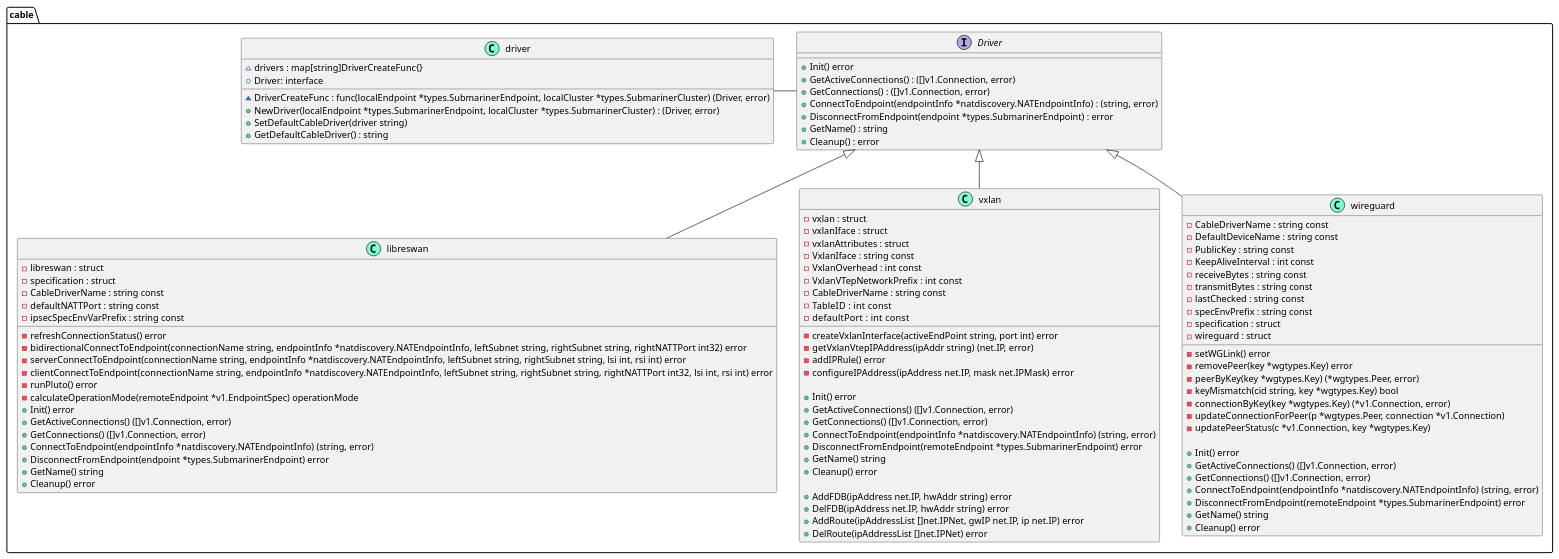
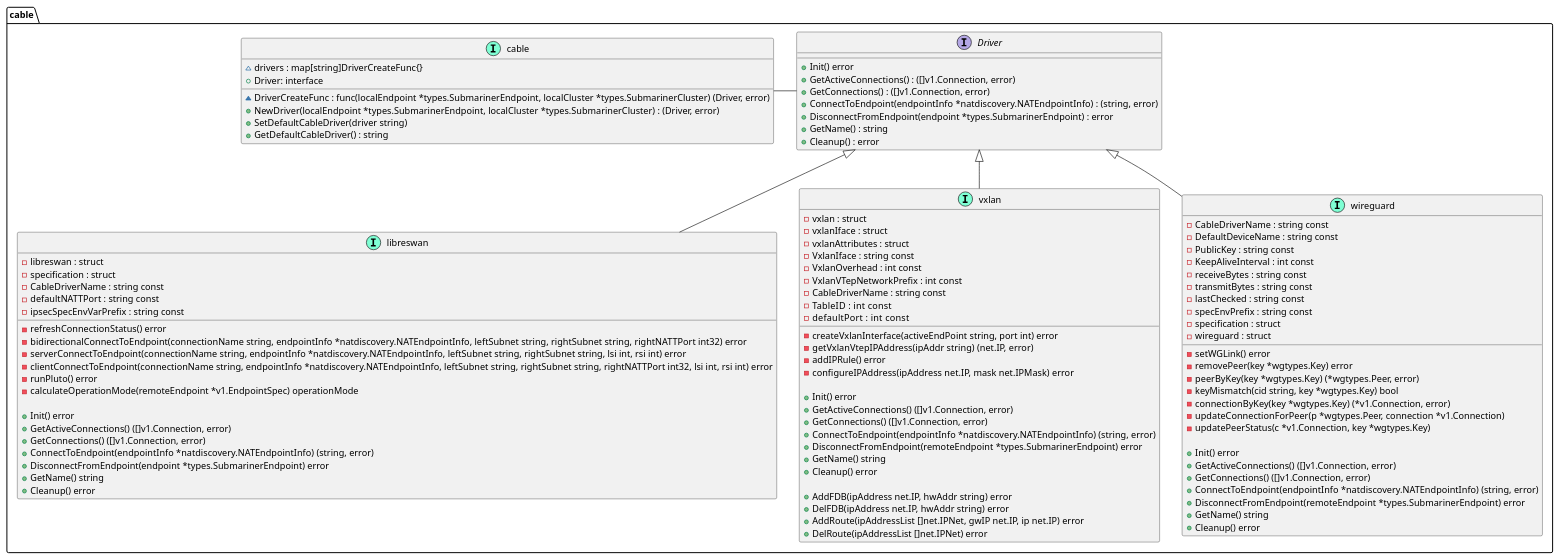
One commit to maryamtahhan/notes changed the diagram in Submariner/plantuml/SubmarinerCableDriverClass.puml. Above: the diagram before and after it, drawn with PlantUML. The commit also changed 8 other files, not shown here.

Commit message:
cable driver documentation

```diff
--- a/Submariner/plantuml/SubmarinerCableDriverClass.puml
+++ b/Submariner/plantuml/SubmarinerCableDriverClass.puml
@@ -1,115 +1,111 @@
 @startuml
 namespace cable {
     interface Driver  {
         + Init() error
         + GetActiveConnections() : ([]v1.Connection, error)
         + GetConnections() : ([]v1.Connection, error)
         + ConnectToEndpoint(endpointInfo *natdiscovery.NATEndpointInfo) : (string, error)
         + DisconnectFromEndpoint(endpoint *types.SubmarinerEndpoint) : error
         + GetName() : string
         + Cleanup() : error
     }
-
     
-    class driver << (C,Aquamarine) >> {
+    class cable << (I,Aquamarine) >> {
        ~ DriverCreateFunc : func(localEndpoint *types.SubmarinerEndpoint, localCluster *types.SubmarinerCluster) (Driver, error)
        ~ drivers : map[string]DriverCreateFunc{}
        + Driver: interface
 
        + NewDriver(localEndpoint *types.SubmarinerEndpoint, localCluster *types.SubmarinerCluster) : (Driver, error)
        + SetDefaultCableDriver(driver string)
        + GetDefaultCableDriver() : string
     }
 
-    class libreswan << (C,Aquamarine) >> {
+    class libreswan << (I,Aquamarine) >> {
         - libreswan : struct
         - specification : struct
-	- CableDriverName : string const
+	    - CableDriverName : string const
         - defaultNATTPort : string const
         - ipsecSpecEnvVarPrefix : string const
 
         - refreshConnectionStatus() error
         - bidirectionalConnectToEndpoint(connectionName string, endpointInfo *natdiscovery.NATEndpointInfo, leftSubnet string, rightSubnet string, rightNATTPort int32) error
         - serverConnectToEndpoint(connectionName string, endpointInfo *natdiscovery.NATEndpointInfo, leftSubnet string, rightSubnet string, lsi int, rsi int) error
         - clientConnectToEndpoint(connectionName string, endpointInfo *natdiscovery.NATEndpointInfo, leftSubnet string, rightSubnet string, rightNATTPort int32, lsi int, rsi int) error
         - runPluto() error
         - calculateOperationMode(remoteEndpoint *v1.EndpointSpec) operationMode
 
- 
         + Init() error
         + GetActiveConnections() ([]v1.Connection, error)
         + GetConnections() ([]v1.Connection, error)
         + ConnectToEndpoint(endpointInfo *natdiscovery.NATEndpointInfo) (string, error)
         + DisconnectFromEndpoint(endpoint *types.SubmarinerEndpoint) error
         + GetName() string
         + Cleanup() error
 
     }
 
-    class vxlan << (C,Aquamarine) >> {
+    class vxlan << (I,Aquamarine) >> {
         - vxlan : struct
         - vxlanIface : struct
         - vxlanAttributes : struct
-	- VxlanIface : string const
-	- VxlanOverhead : int const
-	- VxlanVTepNetworkPrefix : int const
-	- CableDriverName : string const
-	- TableID  : int const
-	- defaultPort   : int const
+        - VxlanIface : string const
+        - VxlanOverhead : int const
+        - VxlanVTepNetworkPrefix : int const
+        - CableDriverName : string const
+        - TableID  : int const
+        - defaultPort   : int const
 
         - createVxlanInterface(activeEndPoint string, port int) error
         - getVxlanVtepIPAddress(ipAddr string) (net.IP, error)
         - addIPRule() error
         - configureIPAddress(ipAddress net.IP, mask net.IPMask) error
 
         + Init() error
         + GetActiveConnections() ([]v1.Connection, error)
         + GetConnections() ([]v1.Connection, error)
         + ConnectToEndpoint(endpointInfo *natdiscovery.NATEndpointInfo) (string, error)
         + DisconnectFromEndpoint(remoteEndpoint *types.SubmarinerEndpoint) error
         + GetName() string
         + Cleanup() error
        
         + AddFDB(ipAddress net.IP, hwAddr string) error
         + DelFDB(ipAddress net.IP, hwAddr string) error
         + AddRoute(ipAddressList []net.IPNet, gwIP net.IP, ip net.IP) error
         + DelRoute(ipAddressList []net.IPNet) error
     }      
 
-     class wireguard << (C,Aquamarine) >> {
+     class wireguard << (I,Aquamarine) >> {
         - CableDriverName : string const
         - DefaultDeviceName : string const
         - PublicKey : string const
         - KeepAliveInterval : int const
         - receiveBytes : string const
         - transmitBytes : string const
         - lastChecked : string const
         - specEnvPrefix : string const
         - specification : struct
         - wireguard : struct
 
         - setWGLink() error
         - removePeer(key *wgtypes.Key) error
         - peerByKey(key *wgtypes.Key) (*wgtypes.Peer, error)
         - keyMismatch(cid string, key *wgtypes.Key) bool
         - connectionByKey(key *wgtypes.Key) (*v1.Connection, error)
         - updateConnectionForPeer(p *wgtypes.Peer, connection *v1.Connection)
         - updatePeerStatus(c *v1.Connection, key *wgtypes.Key)
 
         + Init() error
         + GetActiveConnections() ([]v1.Connection, error)
         + GetConnections() ([]v1.Connection, error)
         + ConnectToEndpoint(endpointInfo *natdiscovery.NATEndpointInfo) (string, error)
         + DisconnectFromEndpoint(remoteEndpoint *types.SubmarinerEndpoint) error
         + GetName() string
         + Cleanup() error
-
     }
-
 
 Driver <|-- libreswan
 Driver <|-- vxlan
 Driver <|-- wireguard
-driver - Driver
+cable - Driver
 }
 @enduml
```
